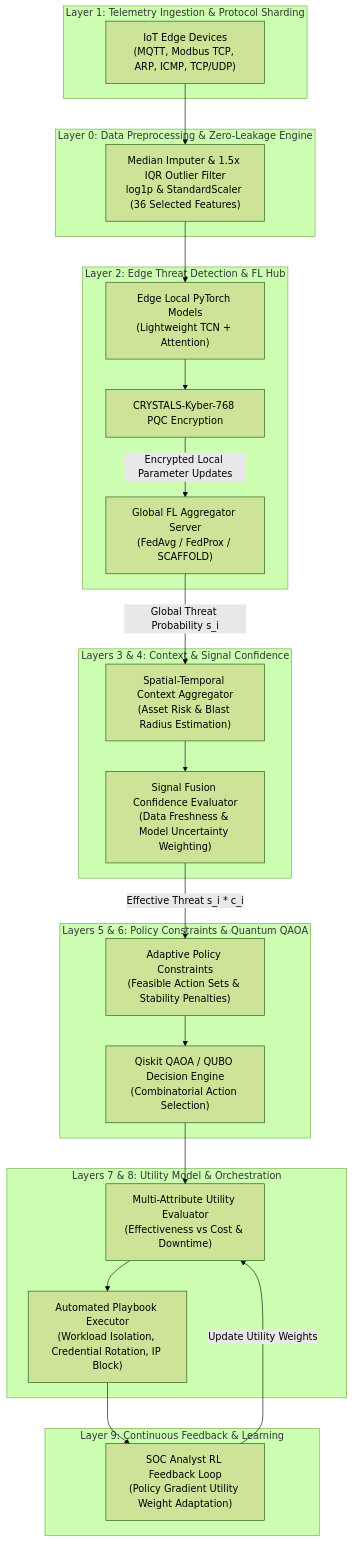
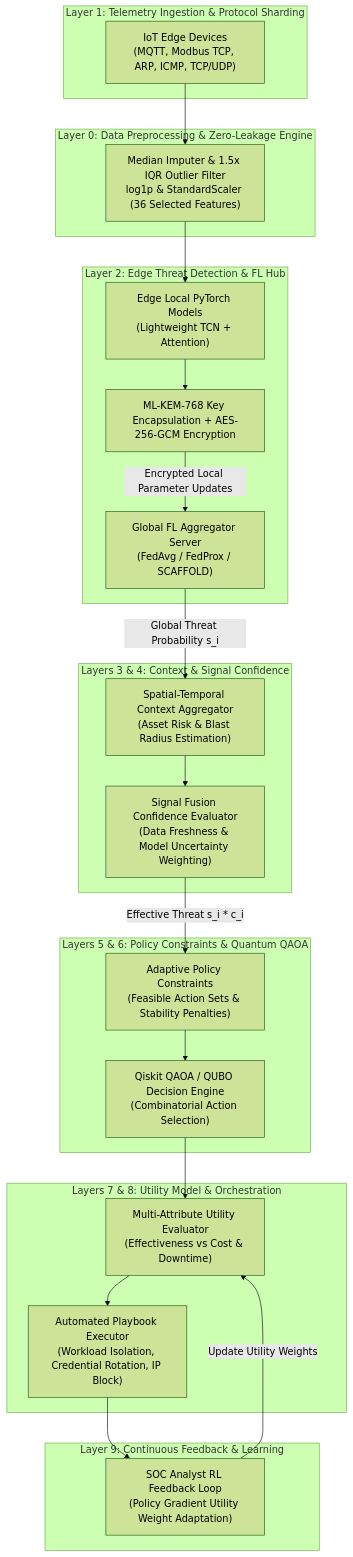
Before and after one commit to NAVEEN001138/research_on_cyber: the first of 2 diagrams in RESEARCH_RESULTS_AND_DIAGRAMS.md, drawn with Mermaid (forest theme). The commit also changed 1 other file, not shown here.

Commit message:
Synchronize PQC node text in architecture diagram

````diff
--- a/RESEARCH_RESULTS_AND_DIAGRAMS.md
+++ b/RESEARCH_RESULTS_AND_DIAGRAMS.md
@@ -31,48 +31,49 @@
 ```mermaid
 graph TD
     subgraph L1 ["Layer 1: Telemetry Ingestion & Protocol Sharding"]
         IoTEdge["IoT Edge Devices<br/>(MQTT, Modbus TCP, ARP, ICMP, TCP/UDP)"]
     end
 
     subgraph L0 ["Layer 0: Data Preprocessing & Zero-Leakage Engine"]
         Preproc["Median Imputer & 1.5x IQR Outlier Filter<br/>log1p & StandardScaler (36 Selected Features)"]
     end
 
     subgraph L2 ["Layer 2: Edge Threat Detection & FL Hub"]
         EdgeMLP["Edge Local PyTorch Models<br/>(Lightweight TCN + Attention)"]
         FLAggregator["Global FL Aggregator Server<br/>(FedAvg / FedProx / SCAFFOLD)"]
-        PQC["CRYSTALS-Kyber-768 PQC Encryption"]
+        PQC["ML-KEM-768 Key Encapsulation + AES-256-GCM Encryption"]
+
     end
 
     subgraph L3_4 ["Layers 3 & 4: Context & Signal Confidence"]
         ContextEng["Spatial-Temporal Context Aggregator<br/>(Asset Risk & Blast Radius Estimation)"]
         ConfEval["Signal Fusion Confidence Evaluator<br/>(Data Freshness & Model Uncertainty Weighting)"]
     end
 
     subgraph L5_6 ["Layers 5 & 6: Policy Constraints & Quantum QAOA"]
         AdaptiveCons["Adaptive Policy Constraints<br/>(Feasible Action Sets & Stability Penalties)"]
         QUBOEngine["Qiskit QAOA / QUBO Decision Engine<br/>(Combinatorial Action Selection)"]
     end
 
     subgraph L7_8 ["Layers 7 & 8: Utility Model & Orchestration"]
         UtilityModel["Multi-Attribute Utility Evaluator<br/>(Effectiveness vs Cost & Downtime)"]
         Orchestration["Automated Playbook Executor<br/>(Workload Isolation, Credential Rotation, IP Block)"]
     end
 
     subgraph L9 ["Layer 9: Continuous Feedback & Learning"]
         FeedbackLoop["SOC Analyst RL Feedback Loop<br/>(Policy Gradient Utility Weight Adaptation)"]
     end
 
     IoTEdge --> Preproc
     Preproc --> EdgeMLP
     EdgeMLP --> PQC
     PQC -->|Encrypted Local Parameter Updates| FLAggregator
     FLAggregator -->|Global Threat Probability s_i| ContextEng
     ContextEng --> ConfEval
     ConfEval -->|Effective Threat s_i * c_i| AdaptiveCons
     AdaptiveCons --> QUBOEngine
     QUBOEngine --> UtilityModel
     UtilityModel --> Orchestration
     Orchestration --> FeedbackLoop
     FeedbackLoop -->|Update Utility Weights| UtilityModel
 ```
````
